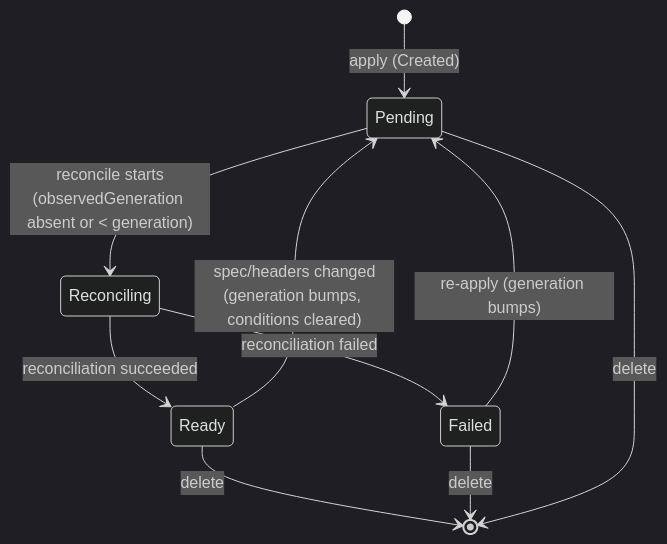
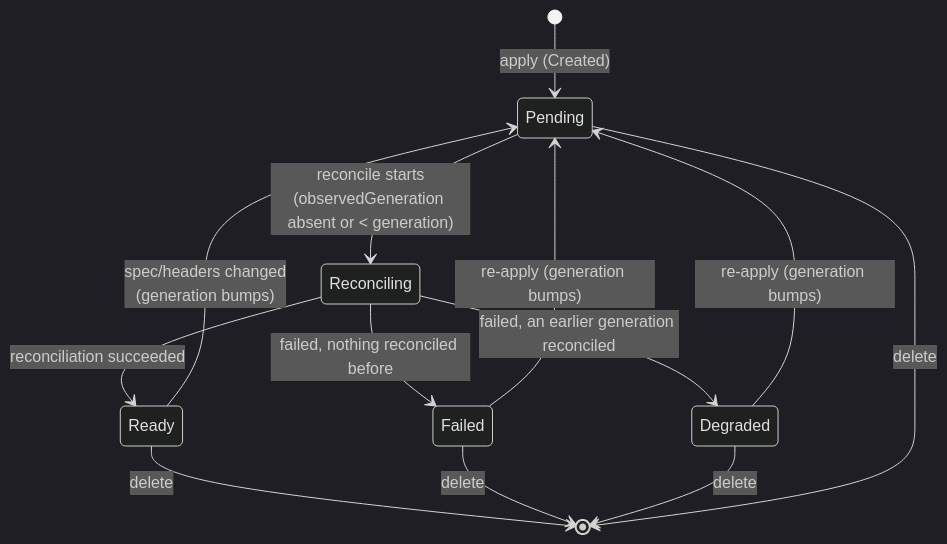
Before and after one commit to kamu-data/kamu-cli: the fifth of 5 diagrams in docs/internal/resources-framework.md, drawn with Mermaid (dark theme). The commit also changed other lines of this file and 13 other files, not shown here.

````diff
--- a/docs/internal/resources-framework.md
+++ b/docs/internal/resources-framework.md
@@ -1327,12 +1369,15 @@
 ```mermaid
 stateDiagram-v2
     [*] --> Pending: apply (Created)
     Pending --> Reconciling: reconcile starts<br/>(observedGeneration absent or < generation)
     Reconciling --> Ready: reconciliation succeeded
-    Reconciling --> Failed: reconciliation failed
-    Ready --> Pending: spec/headers changed<br/>(generation bumps, conditions cleared)
+    Reconciling --> Failed: failed, nothing reconciled before
+    Reconciling --> Degraded: failed, an earlier generation reconciled
+    Ready --> Pending: spec/headers changed<br/>(generation bumps)
     Failed --> Pending: re-apply (generation bumps)
+    Degraded --> Pending: re-apply (generation bumps)
     Ready --> [*]: delete
     Failed --> [*]: delete
+    Degraded --> [*]: delete
     Pending --> [*]: delete
 ```
````
